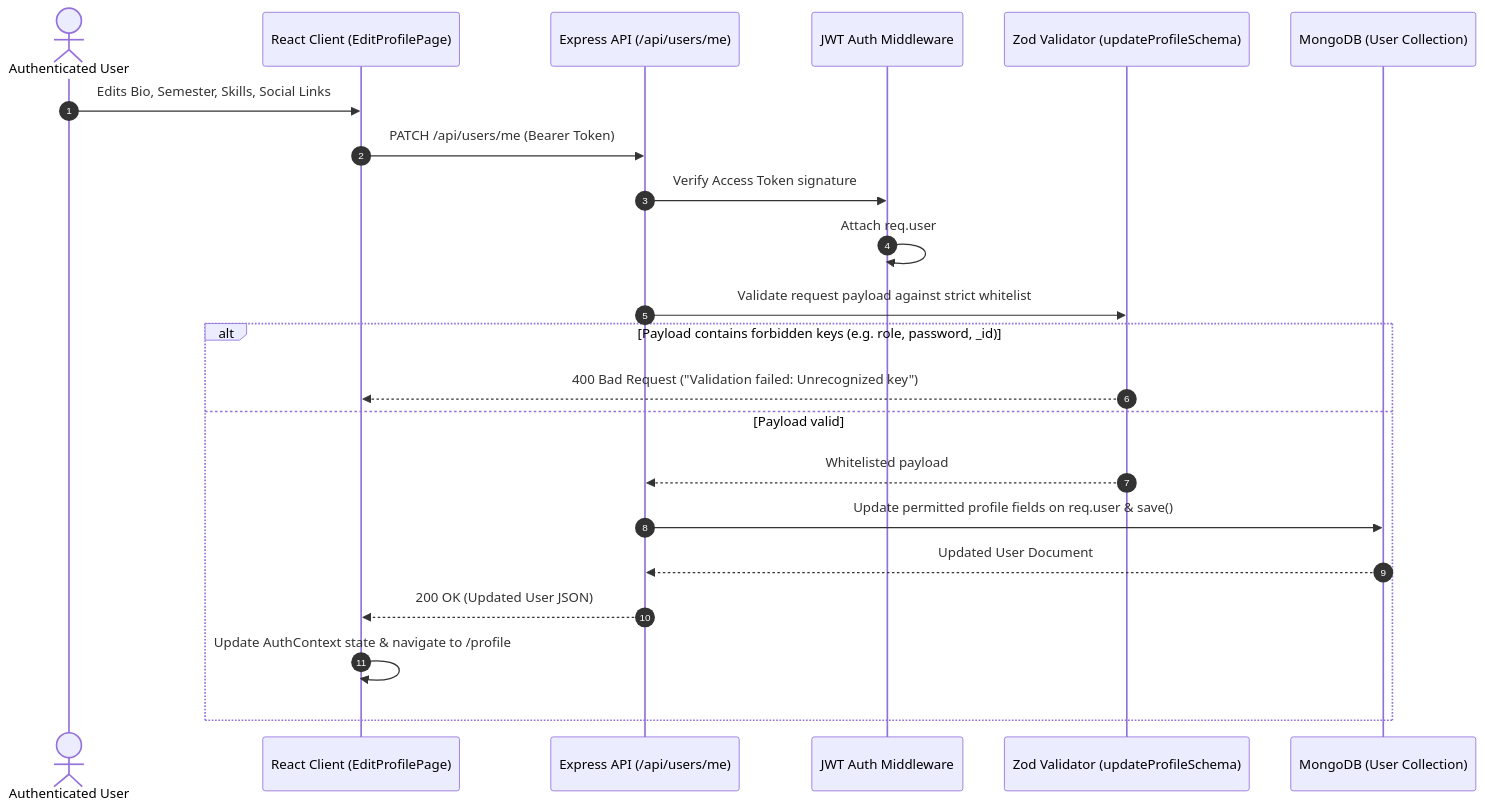
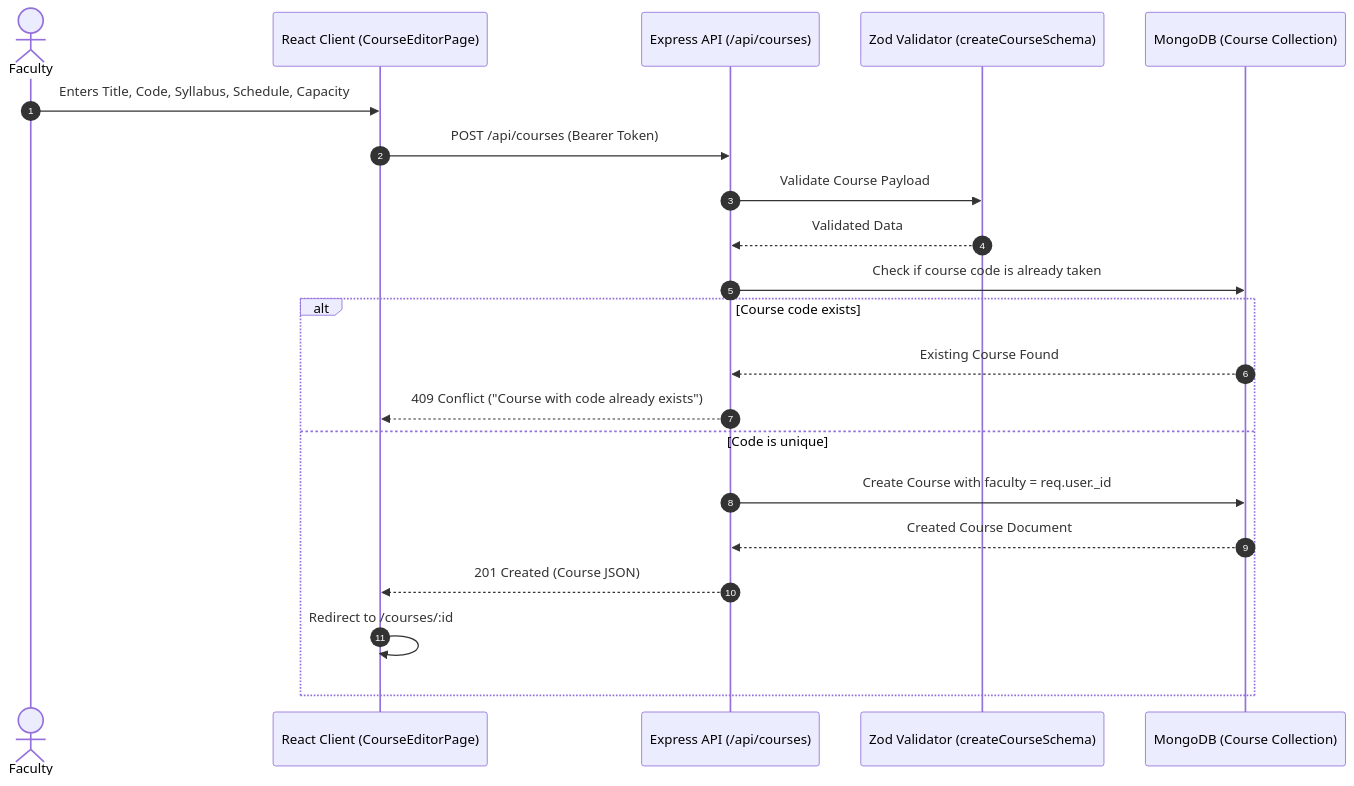
The third of 4 diagrams in docs/architecture.md (kubervaidya24-max/CAMPUSFLOW), drawn with Mermaid before and after one commit. The commit also changed other lines of this file and 16 other files, not shown here.

````diff
--- a/docs/architecture.md
+++ b/docs/architecture.md
@@ -31,25 +64,24 @@
 ```mermaid
 sequenceDiagram
     autonumber
-    actor User as Authenticated User
-    participant Client as React Client (EditProfilePage)
-    participant API as Express API (/api/users/me)
-    participant Auth as JWT Auth Middleware
-    participant Val as Zod Validator (updateProfileSchema)
-    participant DB as MongoDB (User Collection)
+    actor Faculty
+    participant Client as React Client (CourseEditorPage)
+    participant API as Express API (/api/courses)
+    participant Val as Zod Validator (createCourseSchema)
+    participant DB as MongoDB (Course Collection)
 
-    User->>Client: Edits Bio, Semester, Skills, Social Links
-    Client->>API: PATCH /api/users/me (Bearer Token)
-    API->>Auth: Verify Access Token signature
-    Auth->>Auth: Attach req.user
-    API->>Val: Validate request payload against strict whitelist
-    alt Payload contains forbidden keys (e.g. role, password, _id)
-        Val-->>Client: 400 Bad Request ("Validation failed: Unrecognized key")
-    else Payload valid
-        Val-->>API: Whitelisted payload
-        API->>DB: Update permitted profile fields on req.user & save()
-        DB-->>API: Updated User Document
-        API-->>Client: 200 OK (Updated User JSON)
-        Client->>Client: Update AuthContext state & navigate to /profile
+    Faculty->>Client: Enters Title, Code, Syllabus, Schedule, Capacity
+    Client->>API: POST /api/courses (Bearer Token)
+    API->>Val: Validate Course Payload
+    Val-->>API: Validated Data
+    API->>DB: Check if course code is already taken
+    alt Course code exists
+        DB-->>API: Existing Course Found
+        API-->>Client: 409 Conflict ("Course with code already exists")
+    else Code is unique
+        API->>DB: Create Course with faculty = req.user._id
+        DB-->>API: Created Course Document
+        API-->>Client: 201 Created (Course JSON)
+        Client->>Client: Redirect to /courses/:id
     end
 ```
````
